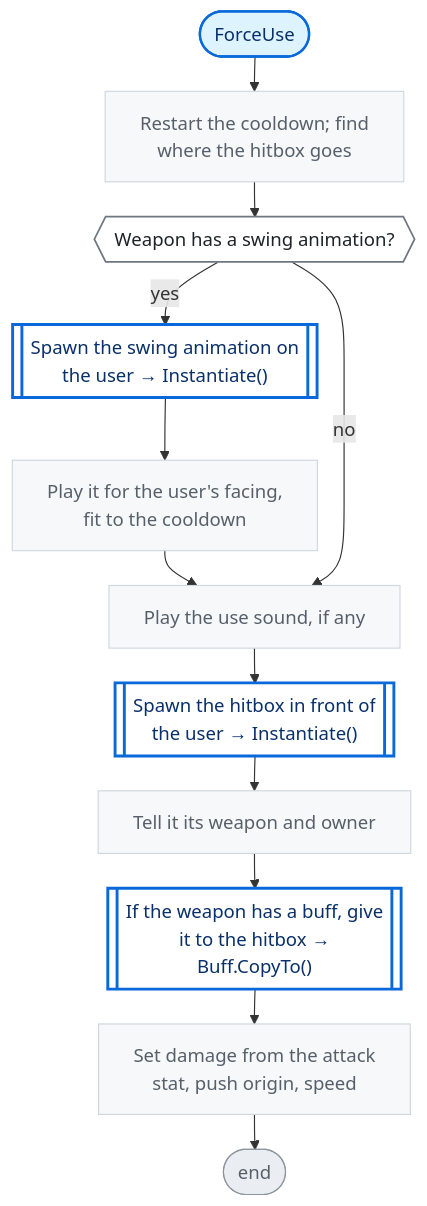
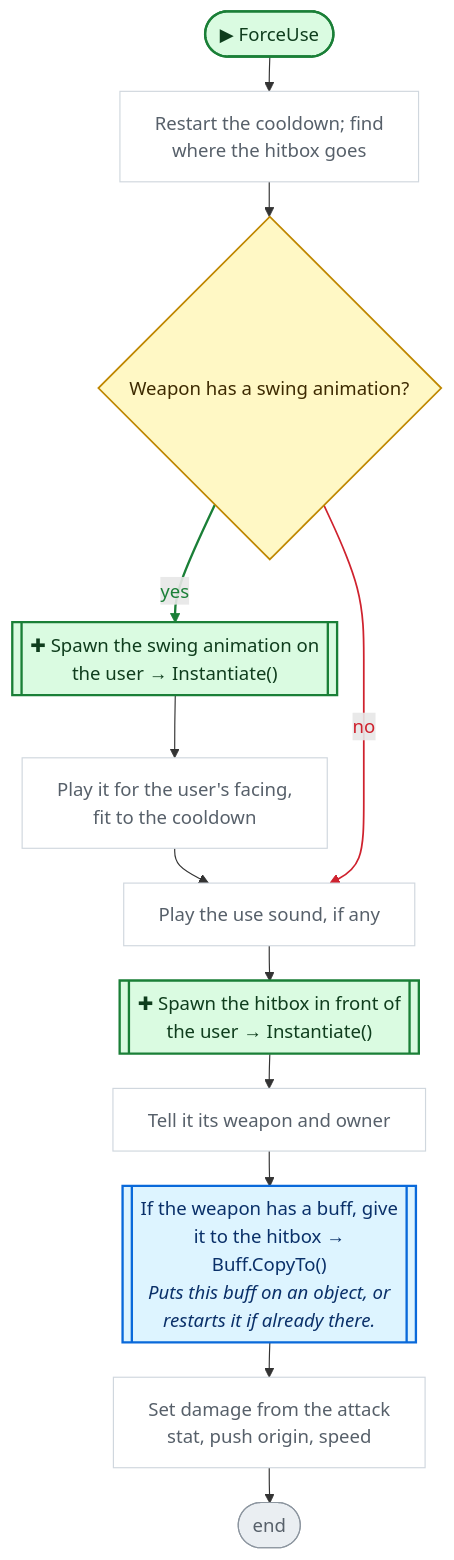
Before and after one commit to nataiai/Lord-of-the-Dungeon: the third of 15 diagrams in CodeGraph~/graph/Player.cs.md, drawn with Mermaid. The commit also changed other lines of this file and 44 other files, not shown here.

````diff
--- a/CodeGraph~/graph/Player.cs.md
+++ b/CodeGraph~/graph/Player.cs.md
@@ -117,47 +117,54 @@
 ```mermaid
 ---
 config:
   flowchart:
     wrappingWidth: 260
     nodeSpacing: 26
     rankSpacing: 30
 ---
 flowchart TD
-  nS(["ForceUse"])
+  nS(["▶ ForceUse"])
   n59933a["Restart the cooldown; find<br>where the hitbox goes"]
-  n184ee8{{"Weapon has a swing animation?"}}
-  n5f085a[["Spawn the swing animation on<br>the user → Instantiate()"]]
+  n184ee8{"Weapon has a swing animation?"}
+  n5f085a[["✚ Spawn the swing animation on<br>the user → Instantiate()"]]
   n591cb1["Play it for the user's facing,<br>fit to the cooldown"]
   n40e0cc["Play the use sound, if any"]
-  n7d38b4[["Spawn the hitbox in front of<br>the user → Instantiate()"]]
+  n7d38b4[["✚ Spawn the hitbox in front of<br>the user → Instantiate()"]]
   nfb7e5e["Tell it its weapon and owner"]
-  n5cabe4[["If the weapon has a buff, give<br>it to the hitbox →<br>Buff.CopyTo()"]]
+  n5cabe4[["If the weapon has a buff, give<br>it to the hitbox →<br>Buff.CopyTo()<br><i>Puts this buff on an object, or</i><br><i>restarts it if already there.</i>"]]
   n8020f5["Set damage from the attack<br>stat, push origin, speed"]
   nE(["end"])
   nS --> n59933a
   n59933a --> n184ee8
   n184ee8 -->|yes| n5f085a
   n5f085a --> n591cb1
   n591cb1 --> n40e0cc
   n184ee8 -->|no| n40e0cc
   n40e0cc --> n7d38b4
   n7d38b4 --> nfb7e5e
   nfb7e5e --> n5cabe4
   n5cabe4 --> n8020f5
   n8020f5 --> nE
-  classDef unity fill:#fff1c2,stroke:#9a6700,stroke-width:2px,color:#3b2300
-  classDef start fill:#ddf4ff,stroke:#0969da,stroke-width:2px,color:#0a3069
-  classDef calc fill:#f6f8fa,stroke:#d0d7de,color:#57606a
-  classDef calls fill:#ffffff,stroke:#0969da,stroke-width:2.5px,color:#0a3069
-  classDef cond fill:#ffffff,stroke:#6e7781,stroke-width:1.5px,color:#1f2328
-  classDef loop fill:#fbefff,stroke:#8250df,color:#3e1f79
-  classDef exit fill:#eaeef2,stroke:#57606a,color:#24292f
-  classDef wait fill:#fff8f0,stroke:#bc4c00,color:#4d1d00
+  linkStyle 2 stroke:#1a7f37,stroke-width:2px,color:#1a7f37
+  linkStyle 5 stroke:#cf222e,stroke-width:1.5px,color:#cf222e
+  classDef unity fill:#dafbe1,stroke:#1a7f37,stroke-width:2px,color:#0f3d1d
+  classDef start fill:#dafbe1,stroke:#1a7f37,stroke-width:2px,color:#0f3d1d
+  classDef calc fill:#ffffff,stroke:#d0d7de,color:#57606a
+  classDef calls fill:#ddf4ff,stroke:#0969da,stroke-width:2px,color:#0a3069
+  classDef ext fill:#ddf4ff,stroke:#0969da,stroke-width:2px,stroke-dasharray:5 3,color:#0a3069
+  classDef cond fill:#fff8c5,stroke:#bf8700,stroke-width:1.5px,color:#3d2a00
+  classDef loop fill:#f6f8fa,stroke:#57606a,color:#1f2328
+  classDef exit fill:#ffebe9,stroke:#cf222e,color:#82071e
+  classDef kill fill:#ffebe9,stroke:#cf222e,stroke-width:2px,color:#82071e
+  classDef spawn fill:#dafbe1,stroke:#1a7f37,stroke-width:2px,color:#0f3d1d
+  classDef wait fill:#fff1e5,stroke:#bc4c00,color:#4d1d00
   classDef fin fill:#eaeef2,stroke:#8c959f,color:#57606a
   classDef join fill:#d0d7de,stroke:#8c959f,color:#57606a
+  classDef ghdr fill:#f5f9ff,stroke:#f5f9ff,color:#0a3069,font-weight:bold
   class n59933a,n591cb1,n40e0cc,nfb7e5e,n8020f5 calc
-  class n5f085a,n7d38b4,n5cabe4 calls
+  class n5cabe4 calls
   class n184ee8 cond
   class nE fin
+  class n5f085a,n7d38b4 spawn
   class nS start
 ```
````
